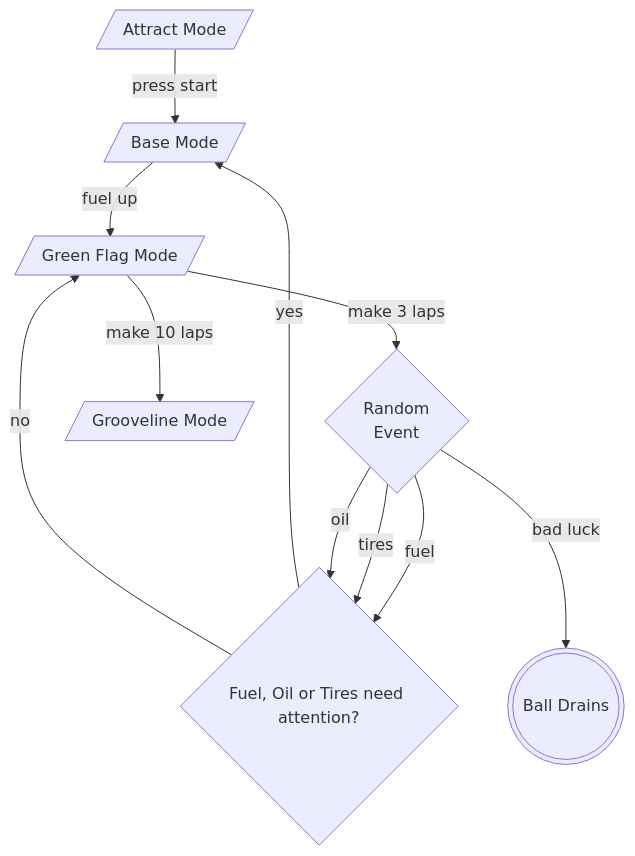
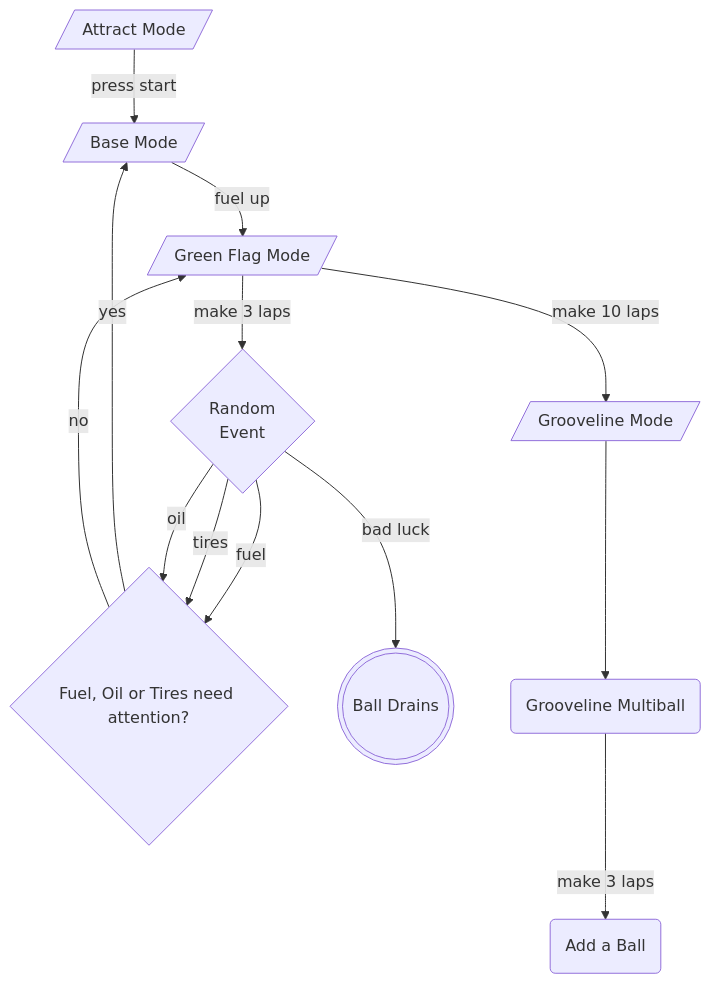
The diagram in README.md (deathsave/grand-prix), drawn with Mermaid before and after one commit. The commit also changed 7 other files, not shown here.

Commit message:
feat: add grooveline multiball

````diff
--- a/README.md
+++ b/README.md
@@ -25,15 +25,17 @@
 ```mermaid
 graph TD
   ATTRACT[/"Attract Mode"/] -- press start --> BASE[/"Base Mode"/]
   BASE -- fuel up --> GREEN_FLAG[/"Green Flag Mode"/]
   GREEN_FLAG -- make 3 laps --> RANDOM1{"Random<br>Event"}
-  GREEN_FLAG -- make 10 laps --> GROOVELINE[/"Grooveline Mode"/]
+  GREEN_FLAG -- make 10 laps --> GL_MODE[/"Grooveline Mode"/]
   RANDOM1 -- fuel -->
     PIT_CHECK{"Fuel, Oil or Tires need attention?"}
   RANDOM1 -- tires --> PIT_CHECK
   RANDOM1 -- oil --> PIT_CHECK
   RANDOM1 -- bad luck --> BALL_DRAINS((("Ball Drains")))
   PIT_CHECK -- yes --> BASE
   PIT_CHECK -- no --> GREEN_FLAG
+  GL_MODE --> GL_MULTI("Grooveline Multiball")
+  GL_MULTI -- make 3 laps --> GL_MULTI_ADD_BALL("Add a Ball")
 
 ```
````
